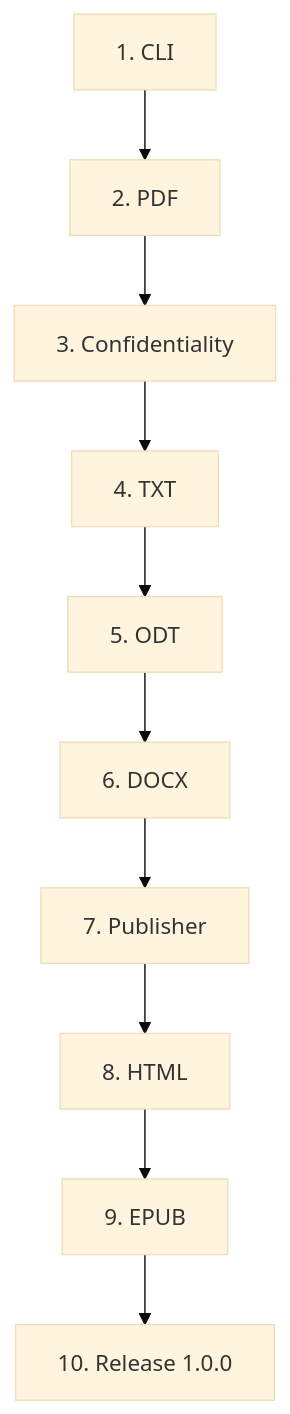
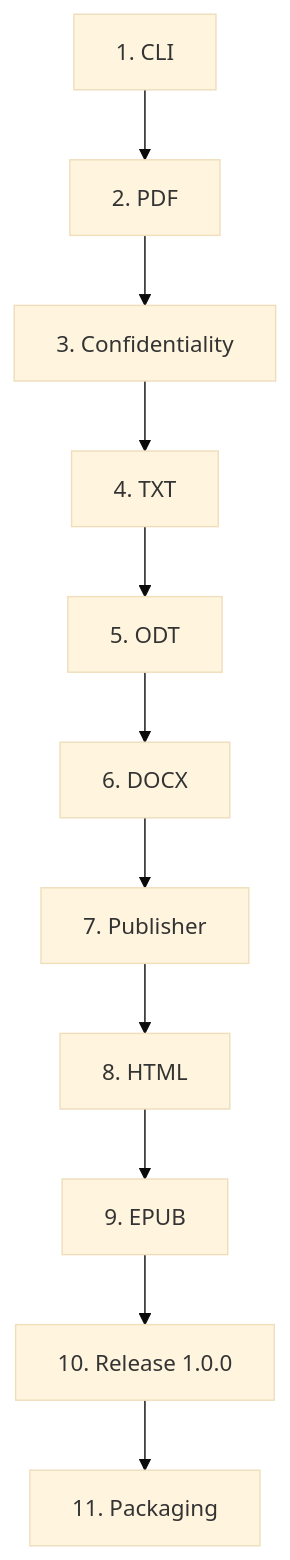
Before and after one commit to Tralen/pageformer: the diagram in docs/roadmap.md, drawn with Mermaid (base theme). The commit also changed other lines of this file and 15 other files, not shown here.

````diff
--- a/docs/roadmap.md
+++ b/docs/roadmap.md
@@ -20,12 +21,13 @@
 ```mermaid
 flowchart TD
     CLI[1. CLI] --> PDF[2. PDF]
     PDF --> Confidentiality[3. Confidentiality]
     Confidentiality --> TXT[4. TXT]
     TXT --> ODT[5. ODT]
     ODT --> DOCX[6. DOCX]
     DOCX --> Publisher[7. Publisher]
     Publisher --> HTML[8. HTML]
     HTML --> EPUB[9. EPUB]
     EPUB --> Release[10. Release 1.0.0]
+    Release --> Packaging[11. Packaging]
 ```
````
